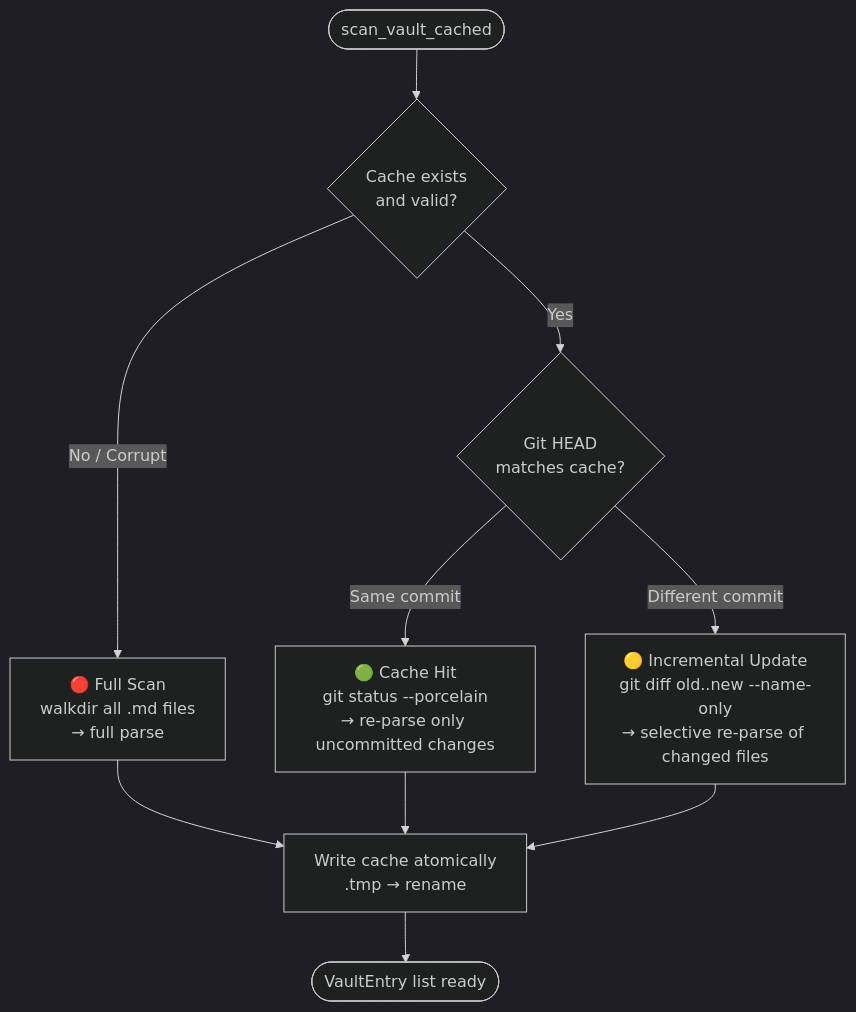
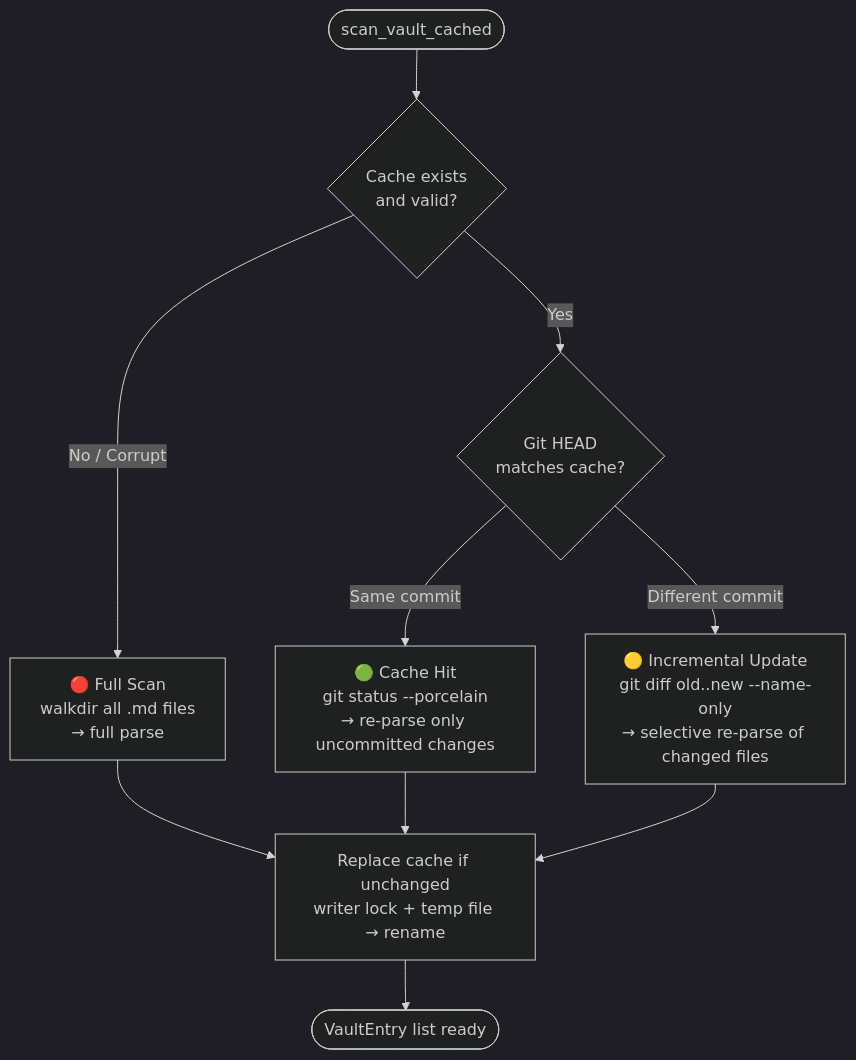
The sixth of 10 diagrams in docs/ARCHITECTURE.md (aimeritething/Fuwa), drawn with Mermaid (dark theme) before and after one commit. The commit also changed other lines of this file and 2 other files, not shown here.

Commit message:
fix: harden vault cache updates

````diff
--- a/docs/ARCHITECTURE.md
+++ b/docs/ARCHITECTURE.md
@@ -391,13 +391,13 @@
 ```mermaid
 flowchart TD
     A([scan_vault_cached]) --> B{Cache exists\nand valid?}
     B -->|No / Corrupt| C["🔴 Full Scan\nwalkdir all .md files\n→ full parse"]
     B -->|Yes| D{Git HEAD\nmatches cache?}
     D -->|Same commit| E["🟢 Cache Hit\ngit status --porcelain\n→ re-parse only uncommitted changes"]
     D -->|Different commit| F["🟡 Incremental Update\ngit diff old..new --name-only\n→ selective re-parse of changed files"]
 
-    C --> G[Write cache atomically\n.tmp → rename]
+    C --> G[Replace cache if unchanged\nwriter lock + temp file → rename]
     E --> G
     F --> G
     G --> H([VaultEntry list ready])
 ```
````
